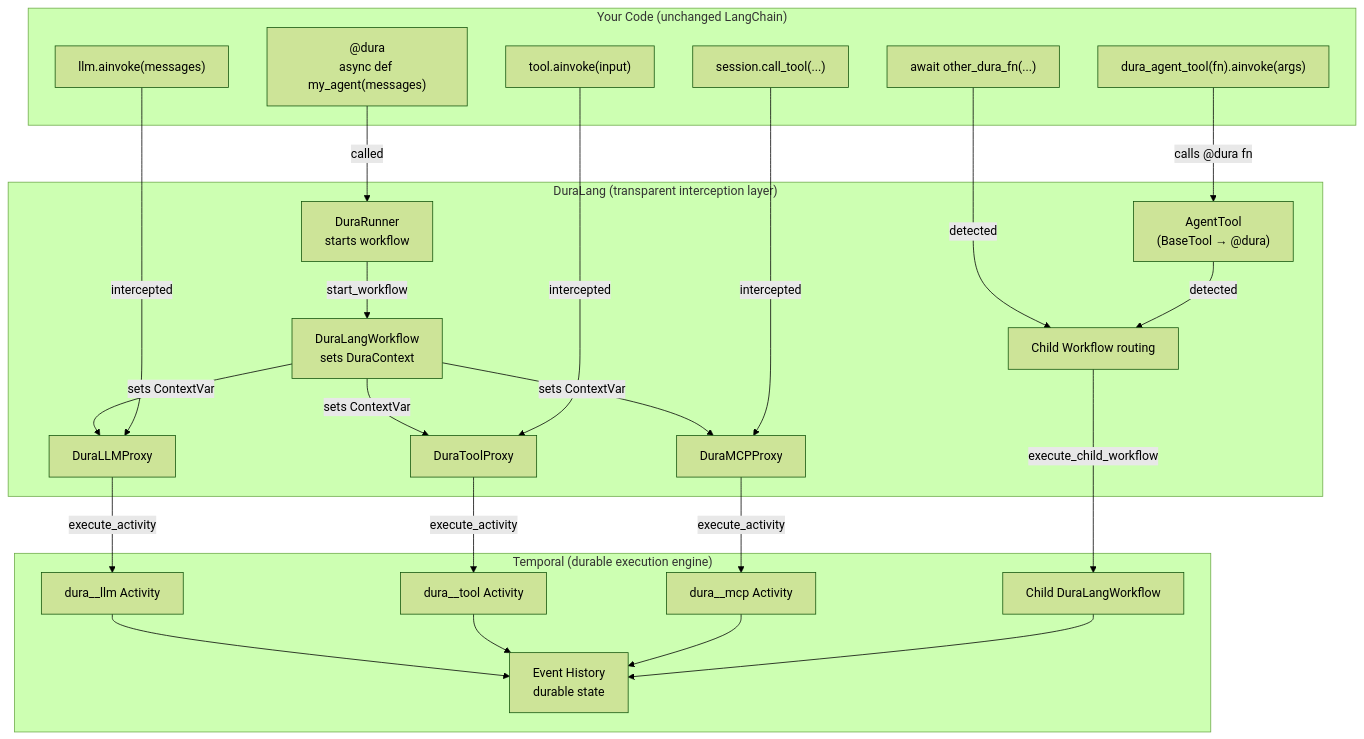
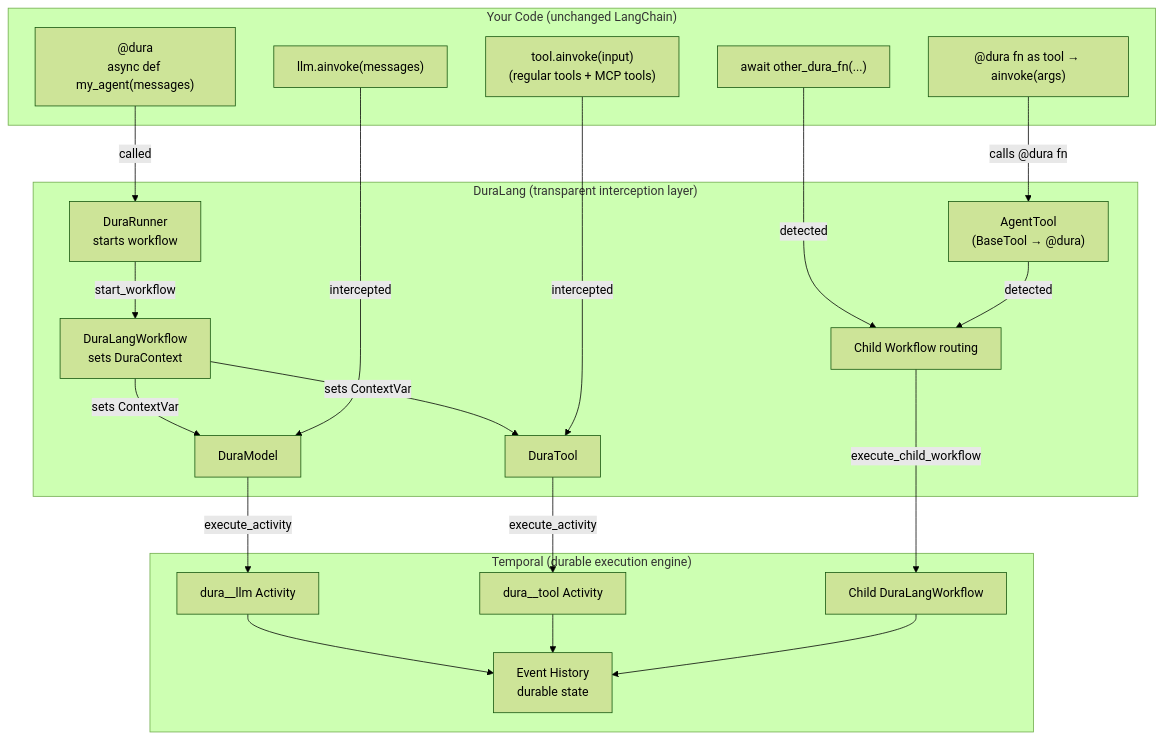
The first of 8 diagrams in docs/architecture.md (deepansh-saxena/DuraLang), drawn with Mermaid (forest theme) before and after one commit. The commit also changed other lines of this file and 97 other files, not shown here.

````diff
--- a/docs/architecture.md
+++ b/docs/architecture.md
@@ -11,52 +13,45 @@
 ```mermaid
 graph TB
     subgraph "Your Code (unchanged LangChain)"
         A["@dura<br/>async def my_agent(messages)"]
         B["llm.ainvoke(messages)"]
-        C["tool.ainvoke(input)"]
-        D["session.call_tool(...)"]
+        C["tool.ainvoke(input)<br/>(regular tools + MCP tools)"]
         E["await other_dura_fn(...)"]
-        AT["dura_agent_tool(fn).ainvoke(args)"]
+        AT["@dura fn as tool → ainvoke(args)"]
     end
 
     subgraph "DuraLang (transparent interception layer)"
         F["DuraRunner<br/>starts workflow"]
         G["DuraLangWorkflow<br/>sets DuraContext"]
-        H["DuraLLMProxy"]
-        I["DuraToolProxy"]
-        J["DuraMCPProxy"]
+        H["DuraModel"]
+        I["DuraTool"]
         K["Child Workflow routing"]
         AG["AgentTool<br/>(BaseTool → @dura)"]
     end
 
     subgraph "Temporal (durable execution engine)"
         L["dura__llm Activity"]
         M["dura__tool Activity"]
-        N["dura__mcp Activity"]
         O["Child DuraLangWorkflow"]
         P["Event History<br/>durable state"]
     end
 
     A -->|"called"| F
     F -->|"start_workflow"| G
     G -->|"sets ContextVar"| H
     G -->|"sets ContextVar"| I
-    G -->|"sets ContextVar"| J
 
     B -->|"intercepted"| H
     C -->|"intercepted"| I
-    D -->|"intercepted"| J
     E -->|"detected"| K
     AT -->|"calls @dura fn"| AG
     AG -->|"detected"| K
 
     H -->|"execute_activity"| L
     I -->|"execute_activity"| M
-    J -->|"execute_activity"| N
     K -->|"execute_child_workflow"| O
 
     L --> P
     M --> P
-    N --> P
     O --> P
 ```
````
